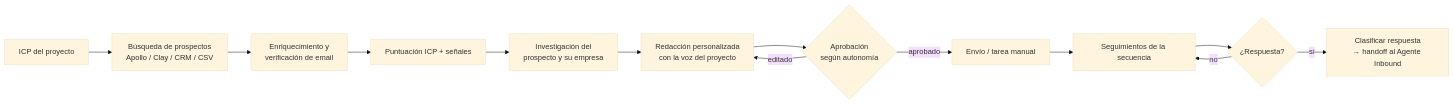
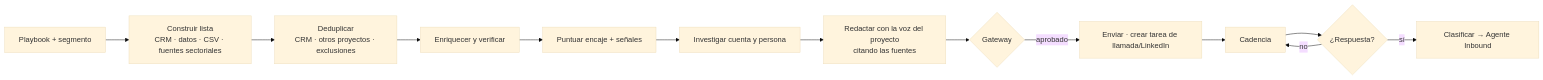
One commit to fredibaques/salesmate changed the second of 5 diagrams in docs/PLAN.md. Above: the diagram before and after it, drawn with Mermaid (base theme). The commit also changed other lines of this file and 1 other file, not shown here.

````diff
--- a/docs/PLAN.md
+++ b/docs/PLAN.md
@@ -165,15 +331,15 @@
 ```mermaid
 flowchart LR
-    A[ICP del proyecto] --> B[Búsqueda de prospectos<br/>Apollo / Clay / CRM / CSV]
-    B --> C[Enriquecimiento y<br/>verificación de email]
-    C --> D[Puntuación ICP + señales]
-    D --> E[Investigación del<br/>prospecto y su empresa]
-    E --> F[Redacción personalizada<br/>con la voz del proyecto]
-    F --> G{Aprobación<br/>según autonomía}
-    G -->|aprobado| H[Envío / tarea manual]
-    G -->|editado| F
-    H --> I[Seguimientos de la secuencia]
-    I --> J{¿Respuesta?}
-    J -->|sí| K[Clasificar respuesta<br/>→ handoff al Agente Inbound]
-    J -->|no| I
+    A[Playbook + segmento] --> B[Construir lista<br/>CRM · datos · CSV · fuentes sectoriales]
+    B --> C[Deduplicar<br/>CRM · otros proyectos · exclusiones]
+    C --> D[Enriquecer y verificar]
+    D --> E[Puntuar encaje + señales]
+    E --> F[Investigar cuenta y persona]
+    F --> G[Redactar con la voz del proyecto<br/>citando las fuentes]
+    G --> H{Gateway}
+    H -->|aprobado| I[Enviar · crear tarea de llamada/LinkedIn]
+    I --> J[Cadencia]
+    J --> K{¿Respuesta?}
+    K -->|sí| L[Clasificar → Agente Inbound]
+    K -->|no| J
 ```
````
